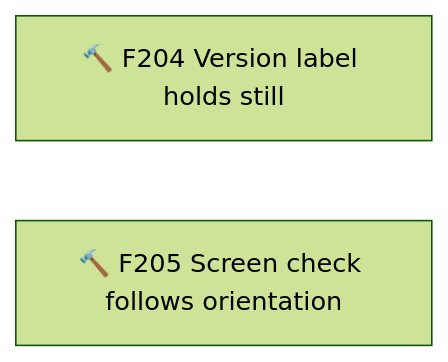
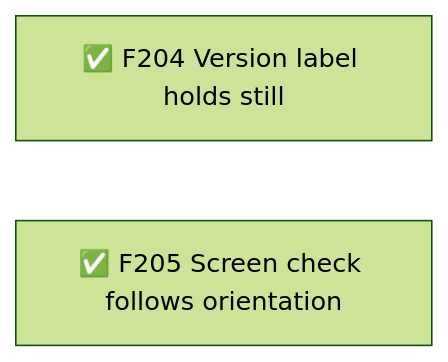
Diagram 39 of 39 in .planning/ROADMAP.md (TheBlueMuzzy/framework), drawn with Mermaid (forest theme) before and after one commit. The commit also changed other lines of this file and 2 other files, not shown here.

Commit message:
F204: done — Muzzy approved F205: done — Muzzy approved

````diff
--- a/.planning/ROADMAP.md
+++ b/.planning/ROADMAP.md
@@ -624,5 +624,5 @@
 ```mermaid
 flowchart LR
-  F204[🔨 F204 Version label holds still]
-  F205[🔨 F205 Screen check follows orientation]
+  F204[✅ F204 Version label holds still]
+  F205[✅ F205 Screen check follows orientation]
 ```
````
